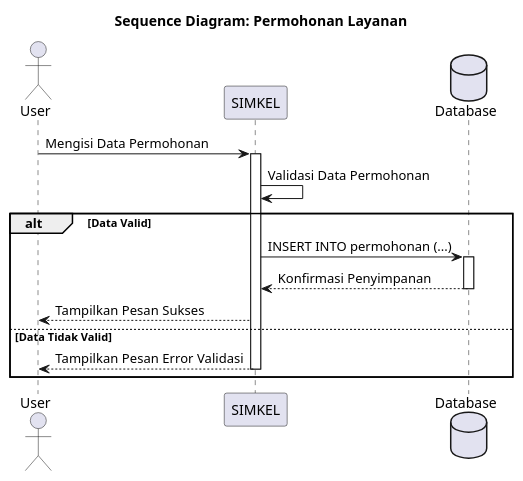
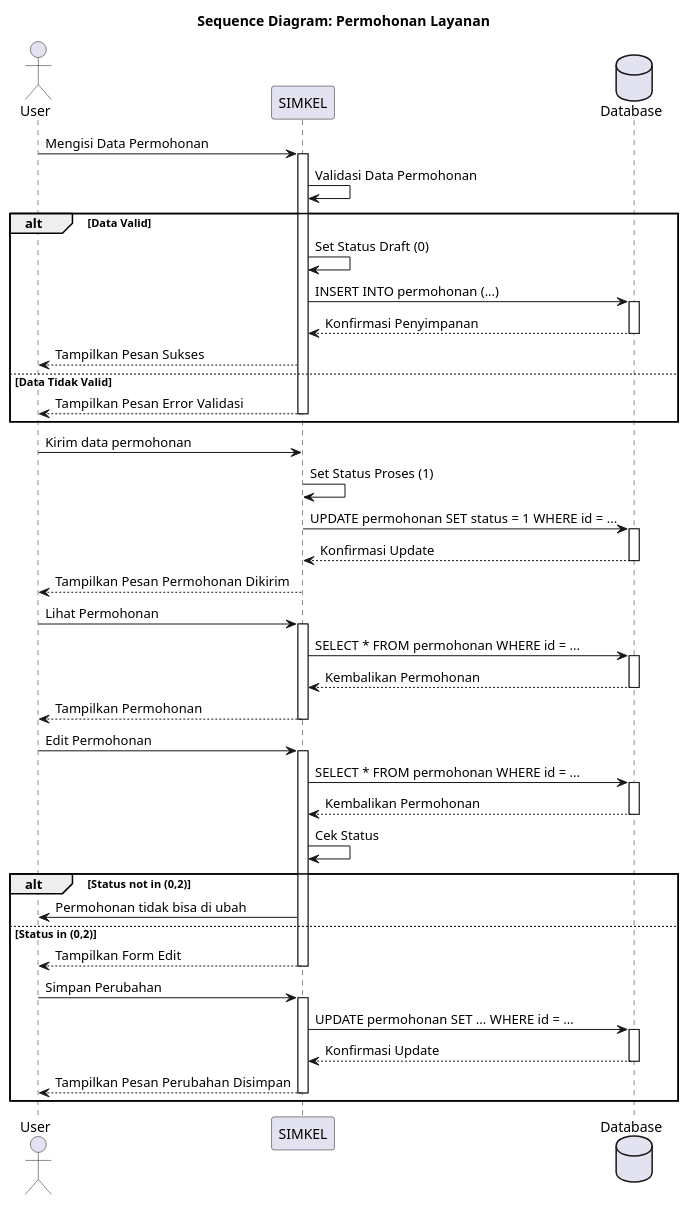
The diagram in docs/puml/03_02_sequence_permohonan.puml (cendekia-mu/simkel), drawn with PlantUML before and after one commit. The commit also changed 13 other files, not shown here.

```diff
--- a/docs/puml/03_02_sequence_permohonan.puml
+++ b/docs/puml/03_02_sequence_permohonan.puml
@@ -1,21 +1,60 @@
-@startuml
+@startuml 03_02_sequence_permohonan
 title Sequence Diagram: Permohonan Layanan
 
 actor User
 participant "SIMKEL" as System
 database "Database" as DB
 
 User -> System: Mengisi Data Permohonan
 activate System
 System -> System: Validasi Data Permohonan
 alt Data Valid
+    System->System: Set Status Draft (0)
     System -> DB: INSERT INTO permohonan (...)
     activate DB
     DB --> System: Konfirmasi Penyimpanan
     deactivate DB
     System --> User: Tampilkan Pesan Sukses
 else Data Tidak Valid
     System --> User: Tampilkan Pesan Error Validasi
     deactivate System
 end
+User -> System: Kirim data permohonan
+System->System: Set Status Proses (1)
+System -> DB: UPDATE permohonan SET status = 1 WHERE id = ...
+activate DB
+DB --> System: Konfirmasi Update
+deactivate DB
+System --> User: Tampilkan Pesan Permohonan Dikirim
+deactivate System
+User -> System: Lihat Permohonan
+activate System
+System -> DB: SELECT * FROM permohonan WHERE id = ...
+activate DB
+DB --> System: Kembalikan Permohonan
+deactivate DB
+System --> User: Tampilkan Permohonan
+deactivate System
+User->System: Edit Permohonan
+activate System
+System -> DB: SELECT * FROM permohonan WHERE id = ...
+activate DB
+DB --> System: Kembalikan Permohonan
+deactivate DB
+System->System: Cek Status
+alt Status not in (0,2)
+    System ->User: Permohonan tidak bisa di ubah
+else Status in (0,2)
+    System --> User: Tampilkan Form Edit
+    deactivate System
+    User -> System: Simpan Perubahan
+    activate System
+    System -> DB: UPDATE permohonan SET ... WHERE id = ...
+    activate DB
+    DB --> System: Konfirmasi Update
+    deactivate DB
+    System --> User: Tampilkan Pesan Perubahan Disimpan
+    deactivate System
+end
+
 @enduml
```
